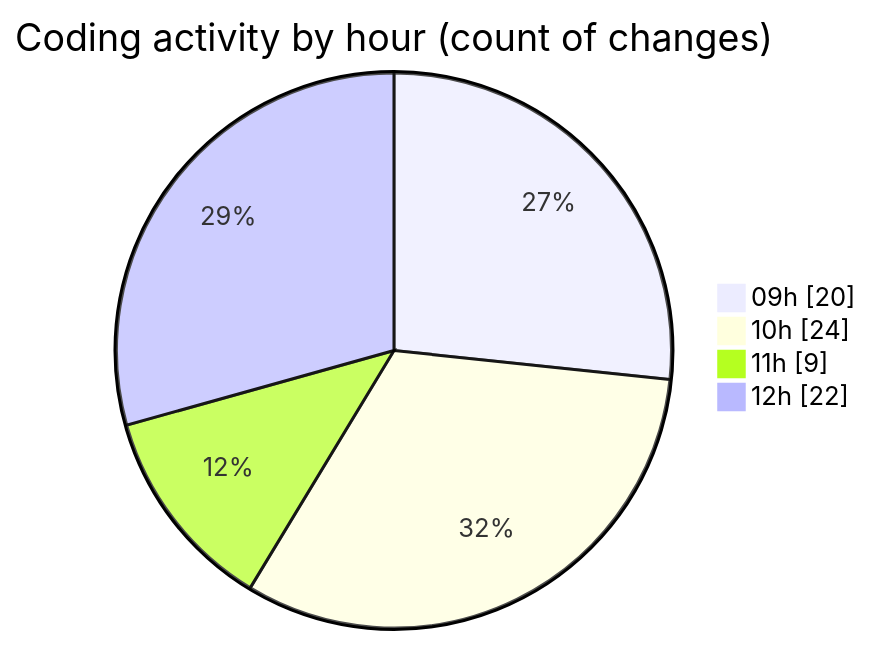
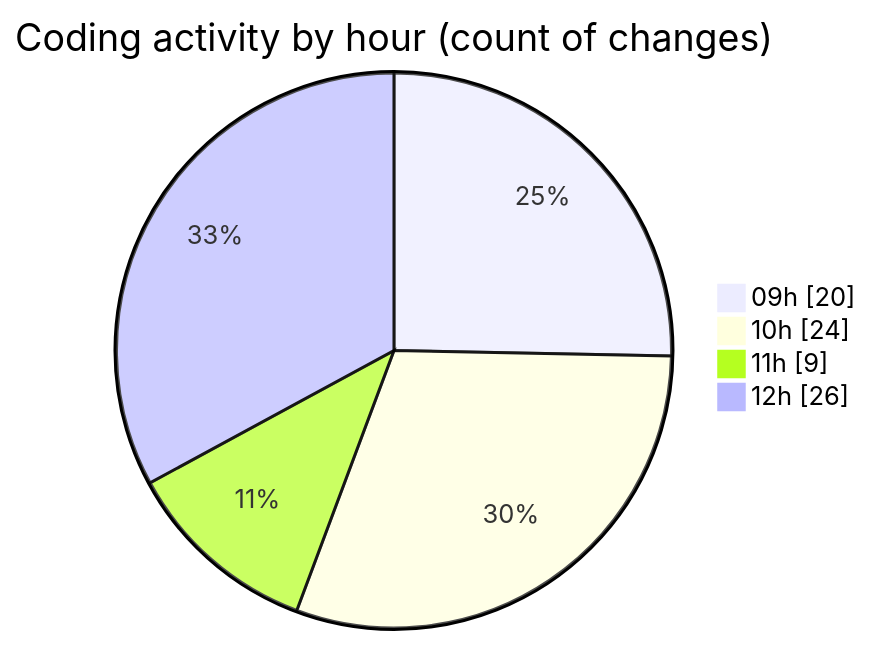
Before and after one commit to momahboobian/code-tracking: the second of 2 diagrams in 2025-05-19/cda/README.md, drawn with Mermaid. The commit also changed other lines of this file and 1 other file, not shown here.

````diff
--- a/2025-05-19/cda/README.md
+++ b/2025-05-19/cda/README.md
@@ -39,8 +40,8 @@
 ```mermaid
 pie showData
 title Coding activity by hour (count of changes)
 "09h" : 20
 "10h" : 24
 "11h" : 9
-"12h" : 22
+"12h" : 26
 ```
````
